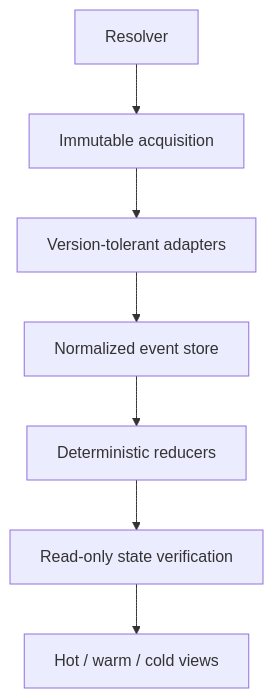
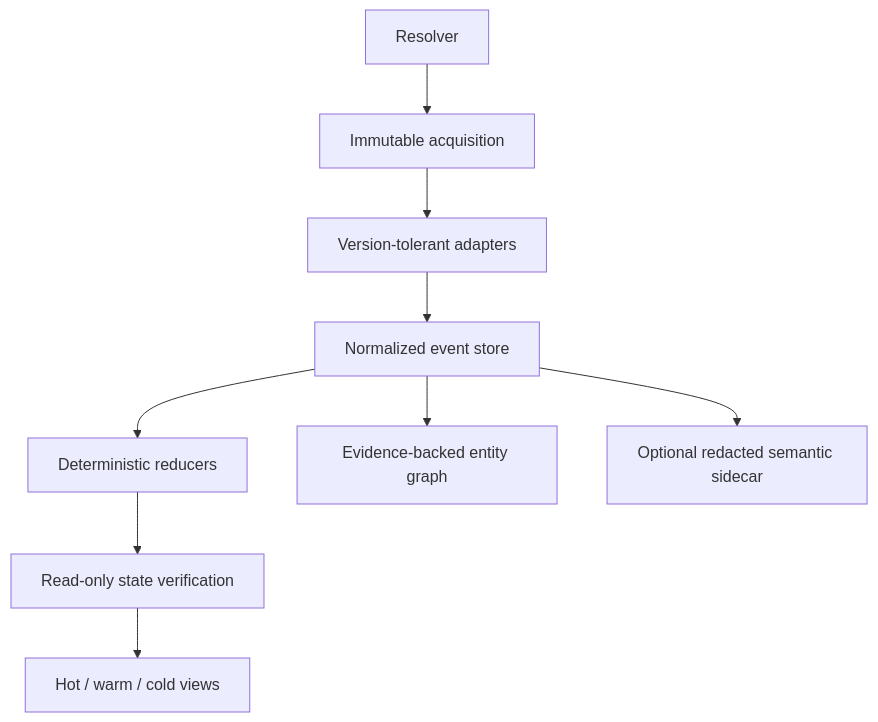
The diagram in docs/architecture.md (Balthurk/agent-forensic-handoff), drawn with Mermaid before and after one commit. The commit also changed other lines of this file and 39 other files, not shown here.

Commit message:
feat: add evidence-backed hybrid forensic retrieval

````diff
--- a/docs/architecture.md
+++ b/docs/architecture.md
@@ -11,9 +11,11 @@
 ```mermaid
 flowchart TD
     R["Resolver"] --> A["Immutable acquisition"]
     A --> N["Version-tolerant adapters"]
     N --> E["Normalized event store"]
     E --> D["Deterministic reducers"]
     D --> V["Read-only state verification"]
     V --> H["Hot / warm / cold views"]
+    E --> G["Evidence-backed entity graph"]
+    E --> S["Optional redacted semantic sidecar"]
 ```
````
